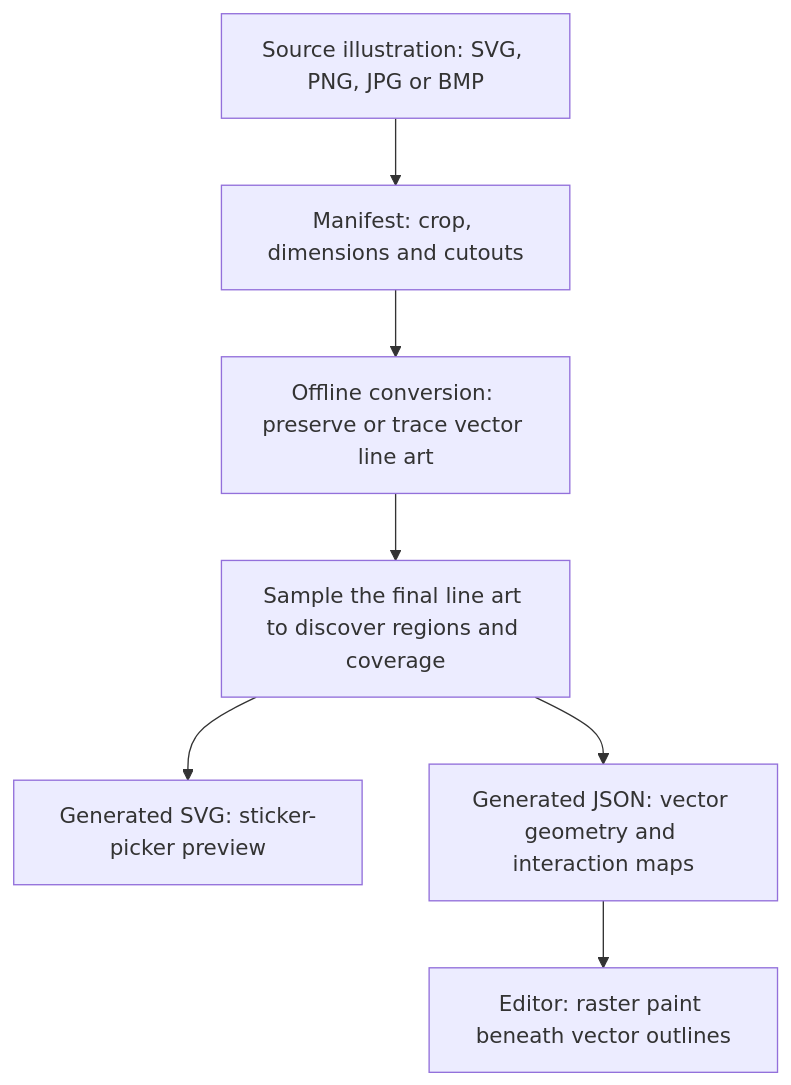
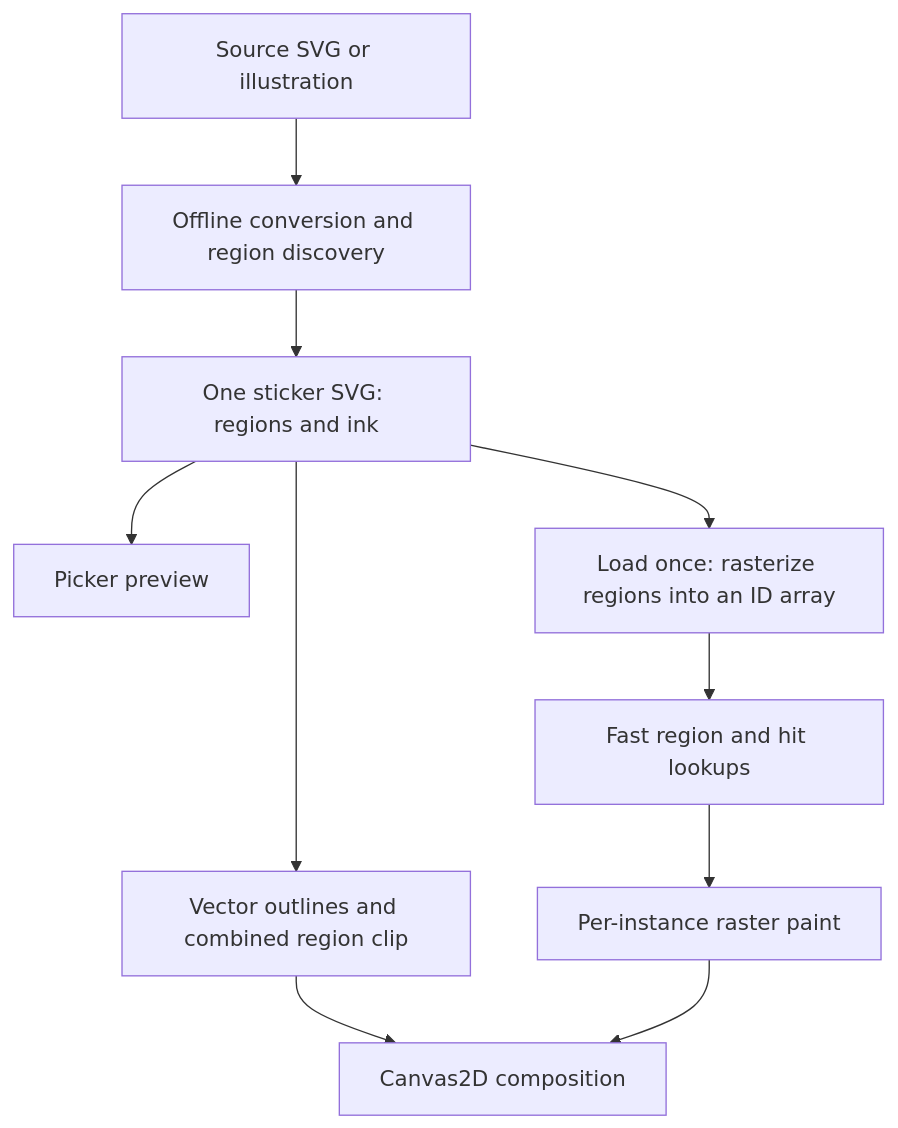
One commit to abflett/Studioodle changed the diagram in docs/STICKER-PIPELINE.md. Above: the diagram before and after it, drawn with Mermaid. The commit also changed other lines of this file and 821 other files, not shown here.

````diff
--- a/docs/STICKER-PIPELINE.md
+++ b/docs/STICKER-PIPELINE.md
@@ -10,9 +7,12 @@
 ```mermaid
 flowchart TD
-    A[Source illustration: SVG, PNG, JPG or BMP] --> B[Manifest: crop, dimensions and cutouts]
-    B --> C[Offline conversion: preserve or trace vector line art]
-    C --> D[Sample the final line art to discover regions and coverage]
-    D --> E[Generated SVG: sticker-picker preview]
-    D --> F[Generated JSON: vector geometry and interaction maps]
-    F --> G[Editor: raster paint beneath vector outlines]
+    A[Source SVG or illustration] --> B[Offline conversion and region discovery]
+    B --> C[One sticker SVG: regions and ink]
+    C --> D[Picker preview]
+    C --> E[Load once: rasterize regions into an ID array]
+    E --> F[Fast region and hit lookups]
+    C --> G[Vector outlines and combined region clip]
+    F --> H[Per-instance raster paint]
+    G --> I[Canvas2D composition]
+    H --> I
 ```
````
